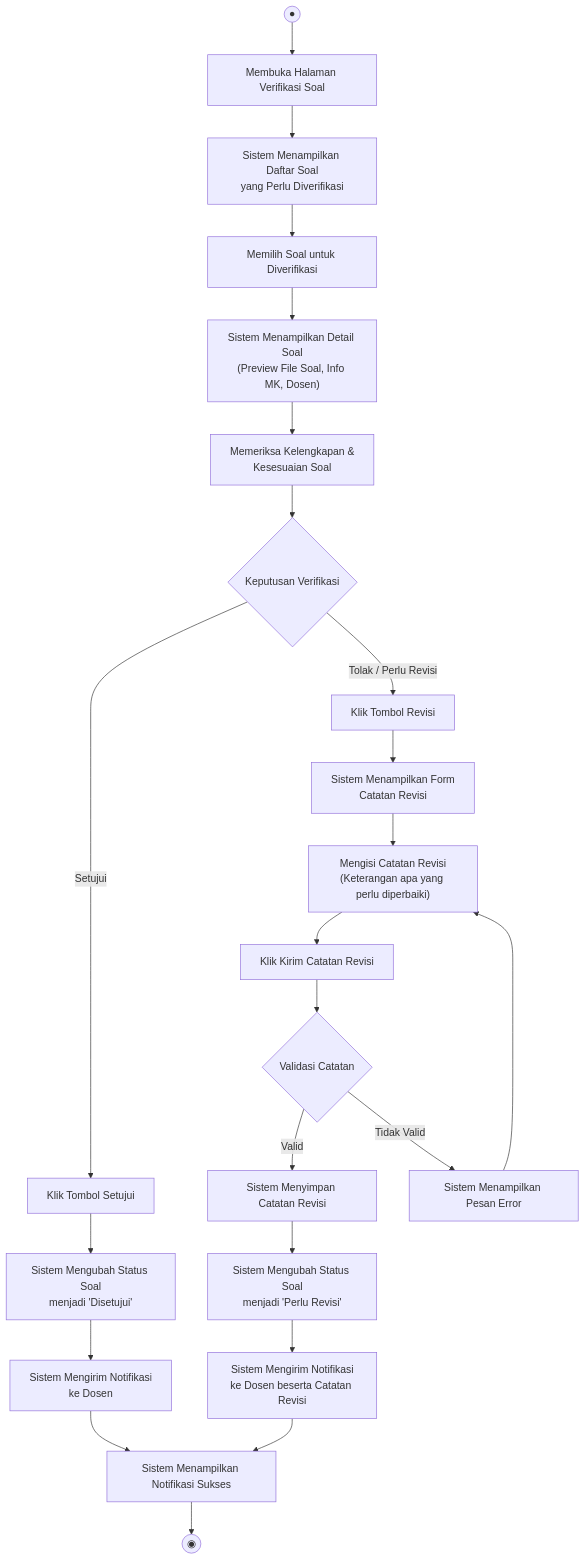
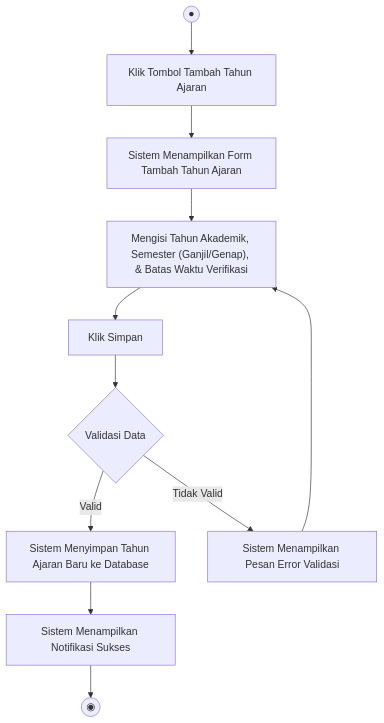
Diagram 16 of 32 in activity_diagrams.md (alexiusprst-tech/dashboard_verif), drawn with Mermaid before and after one commit. The commit also changed other lines of this file and 6 other files, not shown here.

````diff
--- a/activity_diagrams.md
+++ b/activity_diagrams.md
@@ -529,28 +279,13 @@
 ```mermaid
 flowchart TD
-    A(("●")) --> B["Membuka Halaman Verifikasi Soal"]
-    B --> C["Sistem Menampilkan Daftar Soal\nyang Perlu Diverifikasi"]
-    C --> D["Memilih Soal untuk Diverifikasi"]
-    D --> E["Sistem Menampilkan Detail Soal\n(Preview File Soal, Info MK, Dosen)"]
-    E --> F["Memeriksa Kelengkapan &\nKesesuaian Soal"]
-    F --> G{"Keputusan Verifikasi"}
-
-    G -->|Setujui| H["Klik Tombol Setujui"]
-    H --> I["Sistem Mengubah Status Soal\nmenjadi 'Disetujui'"]
-    I --> J["Sistem Mengirim Notifikasi\nke Dosen"]
-    J --> K["Sistem Menampilkan Notifikasi Sukses"]
-
-    G -->|Tolak / Perlu Revisi| L["Klik Tombol Revisi"]
-    L --> M["Sistem Menampilkan Form\nCatatan Revisi"]
-    M --> N["Mengisi Catatan Revisi\n(Keterangan apa yang perlu diperbaiki)"]
-    N --> O["Klik Kirim Catatan Revisi"]
-    O --> P{"Validasi Catatan"}
-    P -->|Valid| Q["Sistem Menyimpan Catatan Revisi"]
-    Q --> R["Sistem Mengubah Status Soal\nmenjadi 'Perlu Revisi'"]
-    R --> S["Sistem Mengirim Notifikasi\nke Dosen beserta Catatan Revisi"]
-    S --> K
-    P -->|Tidak Valid| T["Sistem Menampilkan Pesan Error"]
-    T --> N
-
-    K --> Z(("◉"))
+    Start(("●")) --> ClickAdd["Klik Tombol Tambah Tahun Ajaran"]
+    ClickAdd --> ShowForm["Sistem Menampilkan Form Tambah Tahun Ajaran"]
+    ShowForm --> InputData["Mengisi Tahun Akademik, Semester (Ganjil/Genap), & Batas Waktu Verifikasi"]
+    InputData --> ClickSave["Klik Simpan"]
+    ClickSave --> Validate{"Validasi Data"}
+    Validate -->|Valid| StoreData["Sistem Menyimpan Tahun Ajaran Baru ke Database"]
+    StoreData --> ShowSuccess["Sistem Menampilkan Notifikasi Sukses"]
+    Validate -->|Tidak Valid| ShowError["Sistem Menampilkan Pesan Error Validasi"]
+    ShowError --> InputData
+    ShowSuccess --> End(("◉"))
 ```
````
